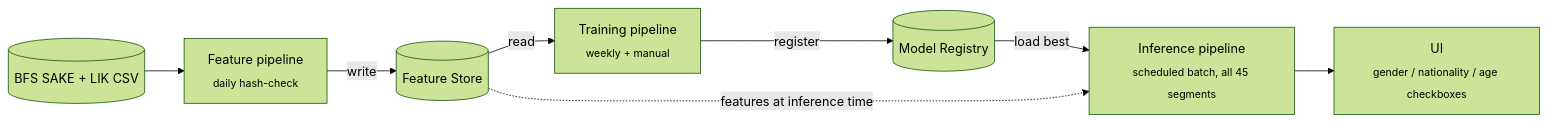
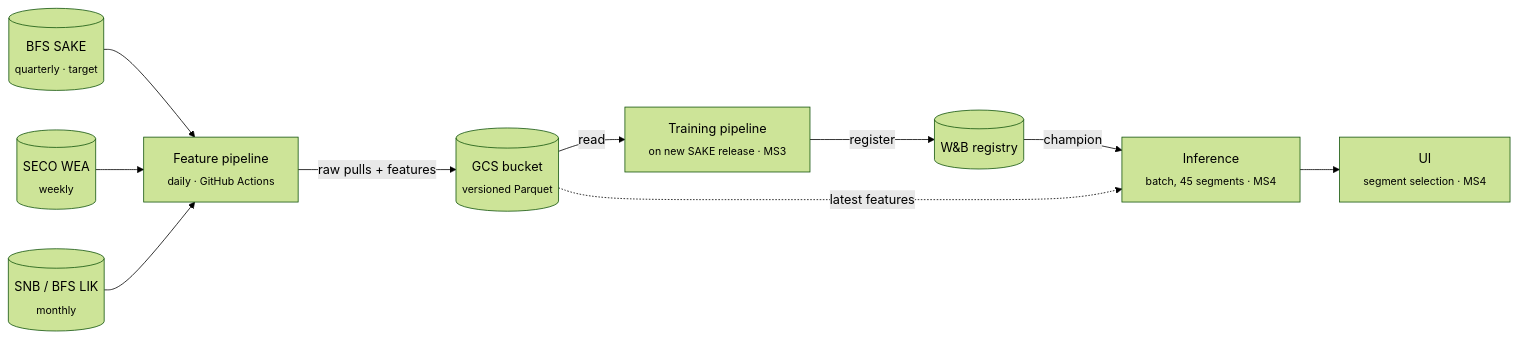
The diagram in README.md (theodorahaimoff/HSLU_HS26_MLOPS), drawn with Mermaid (forest theme) before and after one commit. The commit also changed other lines of this file and 18 other files, not shown here.

````diff
--- a/README.md
+++ b/README.md
@@ -16,10 +28,12 @@
 ```mermaid
 flowchart LR
-    Live[("BFS SAKE + LIK CSV")] --> Feat["Feature pipeline<br/><sub>daily hash-check</sub>"]
-    Feat -->|write| FS[("Feature Store")]
-    FS -->|read| Train["Training pipeline<br/><sub>weekly + manual</sub>"]
-    Train -->|register| Reg[("Model Registry")]
-    Reg -->|load best| Inf["Inference pipeline<br/><sub>scheduled batch, all 45 segments</sub>"]
-    Inf --> UI["UI<br/><sub>gender / nationality / age checkboxes</sub>"]
-    FS -.->|features at inference time| Inf
+    SAKE[("BFS SAKE<br/><sub>quarterly · target</sub>")] --> Feat
+    WEA[("SECO WEA<br/><sub>weekly</sub>")] --> Feat
+    LIK[("SNB / BFS LIK<br/><sub>monthly</sub>")] --> Feat
+    Feat["Feature pipeline<br/><sub>daily · GitHub Actions</sub>"] -->|raw pulls + features| FS[("GCS bucket<br/><sub>versioned Parquet</sub>")]
+    FS -->|read| Train["Training pipeline<br/><sub>on new SAKE release · MS3</sub>"]
+    Train -->|register| Reg[("W&B registry")]
+    Reg -->|champion| Inf["Inference<br/><sub>batch, 45 segments · MS4</sub>"]
+    FS -.->|latest features| Inf
+    Inf --> UI["UI<br/><sub>segment selection · MS4</sub>"]
 ```
````
